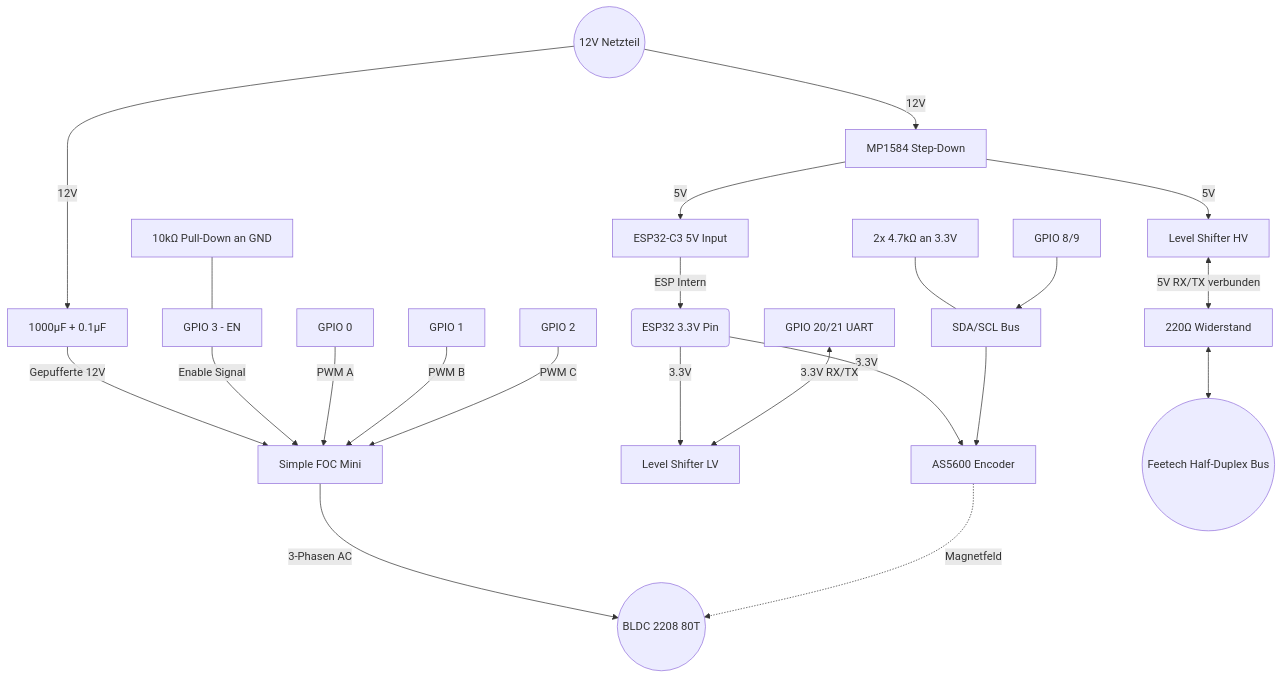
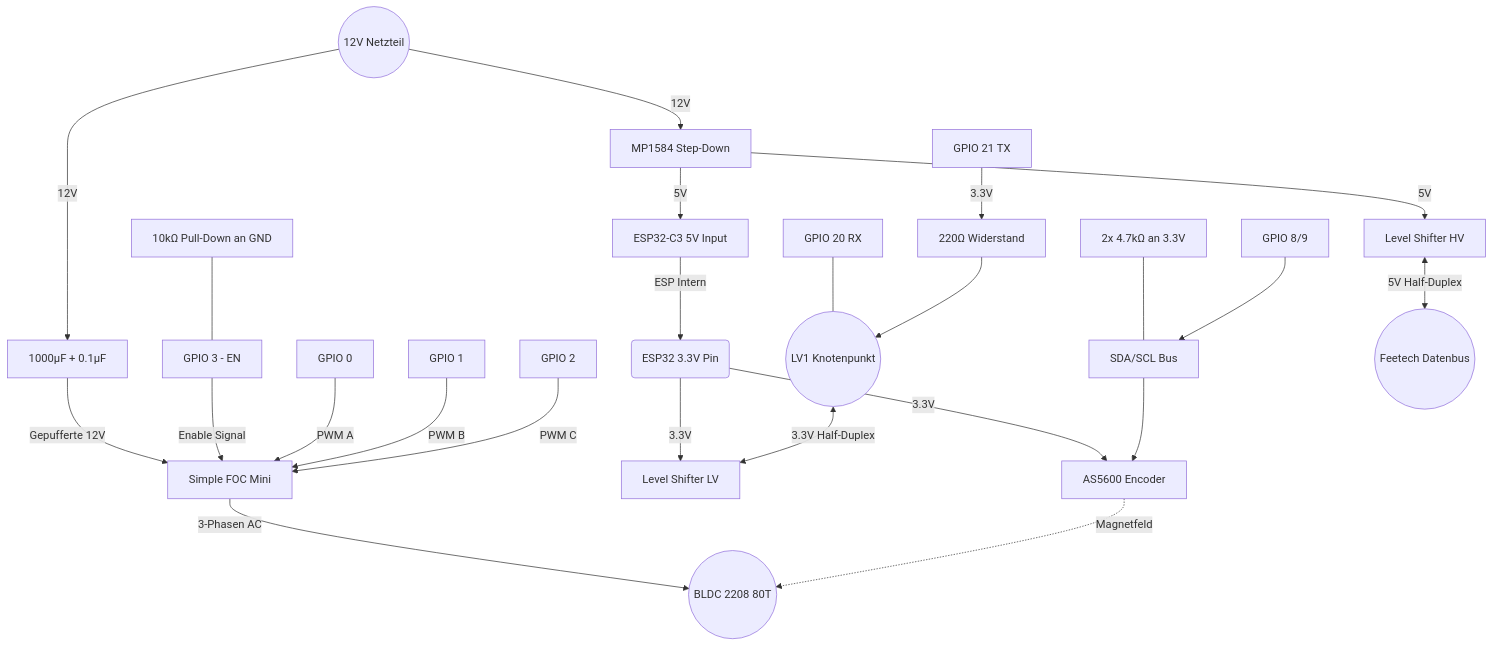
One commit to pfeifferandreas1985-create/Smart-BLDC-Servo changed the diagram in 02_Schaltplan_Hardware.md. Above: the diagram before and after it, drawn with Mermaid. The commit also changed other lines of this file and 1 other file, not shown here.

Commit message:
Fix 220 Ohm resistor position to LV side

````diff
--- a/02_Schaltplan_Hardware.md
+++ b/02_Schaltplan_Hardware.md
@@ -50,37 +50,39 @@
 ```mermaid
 graph TD
     %% Stromversorgung
     PSU((12V Netzteil)) -->|12V| CAPS[1000µF + 0.1µF]
     CAPS -->|Gepufferte 12V| FOC[Simple FOC Mini]
     PSU -->|12V| BUCK[MP1584 Step-Down]
     BUCK -->|5V| ESP_5V[ESP32-C3 5V Input]
     BUCK -->|5V| SHIFTER_HV[Level Shifter HV]
     
     %% Logikspannung
     ESP_5V -->|ESP Intern| ESP3V3(ESP32 3.3V Pin)
     ESP3V3 -->|3.3V| SHIFTER_LV[Level Shifter LV]
     ESP3V3 -->|3.3V| AS5600[AS5600 Encoder]
     
     %% Boot-Safe
     PD_EN[10kΩ Pull-Down an GND] --- ESP_GPIO3[GPIO 3 - EN]
     ESP_GPIO3 -->|Enable Signal| FOC
     
     %% PWM Signale
     ESP_GPIO0[GPIO 0] -->|PWM A| FOC
     ESP_GPIO1[GPIO 1] -->|PWM B| FOC
     ESP_GPIO2[GPIO 2] -->|PWM C| FOC
     
     %% I2C mit Pullups
     PU_I2C[2x 4.7kΩ an 3.3V] --- I2C_BUS[SDA/SCL Bus]
     ESP_GPIO8_9[GPIO 8/9] --> I2C_BUS
     I2C_BUS --> AS5600
     
     %% Motor
     FOC -->|3-Phasen AC| MOTOR((BLDC 2208 80T))
     AS5600 -.->|Magnetfeld| MOTOR
     
     %% Feetech Kommunikation
-    ESP_UART[GPIO 20/21 UART] <-->|3.3V RX/TX| SHIFTER_LV
-    SHIFTER_HV <-->|5V RX/TX verbunden| R_BUS[220Ω Widerstand]
-    R_BUS <--> FEETECH((Feetech Half-Duplex Bus))
+    ESP_TX[GPIO 21 TX] -->|3.3V| R_BUS[220Ω Widerstand]
+    ESP_RX[GPIO 20 RX] --- NODE_LV1((LV1 Knotenpunkt))
+    R_BUS --> NODE_LV1
+    NODE_LV1 <-->|3.3V Half-Duplex| SHIFTER_LV
+    SHIFTER_HV <-->|5V Half-Duplex| FEETECH((Feetech Datenbus))
 ```
````
